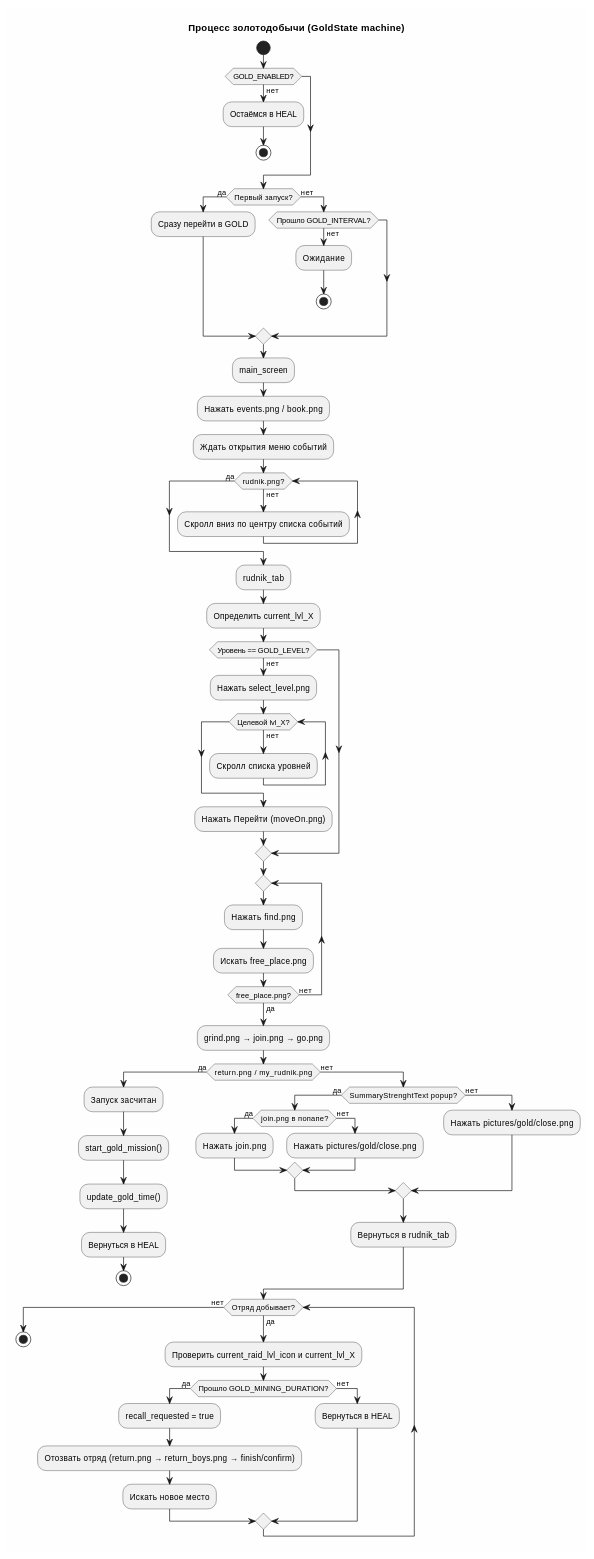
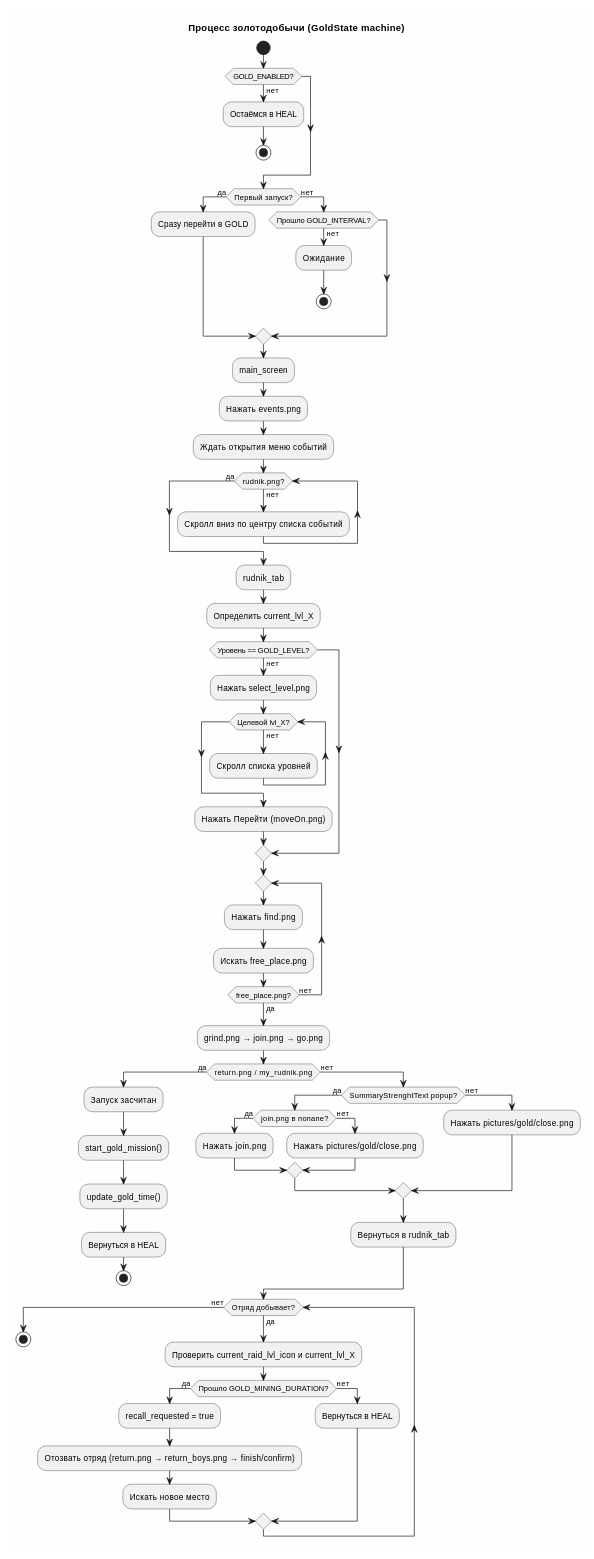
Before and after one commit to Skoromolov/TilesSurvive: the fifth of 5 diagrams in README.md, drawn with PlantUML. The commit also changed other lines of this file and 2 other files, not shown here.

Commit message:
fix: remove all book.png references, lower heal_free_button threshold to 0.60

````diff
--- a/README.md
+++ b/README.md
@@ -367,81 +367,81 @@
 ```plantuml
 @startuml
 skinparam backgroundColor #FEFEFE
 title Процесс золотодобычи (GoldState machine)
 
 start
 
 if (GOLD_ENABLED?) then (нет)
   :Остаёмся в HEAL;
   stop
 endif
 
 if (Первый запуск?) then (да)
   :Сразу перейти в GOLD;
 else (нет)
   if (Прошло GOLD_INTERVAL?) then (нет)
     :Ожидание;
     stop
   endif
 endif
 
 :main_screen;
-:Нажать events.png / book.png;
+:Нажать events.png;
 :Ждать открытия меню событий;
 
 while (rudnik.png?) is (нет)
   :Скролл вниз по центру списка событий;
 endwhile (да)
 
 :rudnik_tab;
 :Определить current_lvl_X;
 
 if (Уровень == GOLD_LEVEL?) then (нет)
   :Нажать select_level.png;
   while (Целевой lvl_X?) is (нет)
     :Скролл списка уровней;
   endwhile
   :Нажать Перейти (moveOn.png);
 endif
 
 repeat
   :Нажать find.png;
   :Искать free_place.png;
 repeat while (free_place.png?) is (нет) not (да)
 
 :grind.png → join.png → go.png;
 
 if (return.png / my_rudnik.png) then (да)
   :Запуск засчитан;
   :start_gold_mission();
   :update_gold_time();
   :Вернуться в HEAL;
   stop
 else (нет)
   if (SummaryStrenghtText popup?) then (да)
     if (join.png в попапе?) then (да)
       :Нажать join.png;
     else (нет)
       :Нажать pictures/gold/close.png;
     endif
   else (нет)
     :Нажать pictures/gold/close.png;
   endif
   :Вернуться в rudnik_tab;
 endif
 
 while (Отряд добывает?) is (да)
   :Проверить current_raid_lvl_icon и current_lvl_X;
   if (Прошло GOLD_MINING_DURATION?) then (да)
     :recall_requested = true;
     :Отозвать отряд (return.png → return_boys.png → finish/confirm);
     :Искать новое место;
   else (нет)
     :Вернуться в HEAL;
   endif
 endwhile (нет)
 
 stop
 
 @enduml
 ```
````
